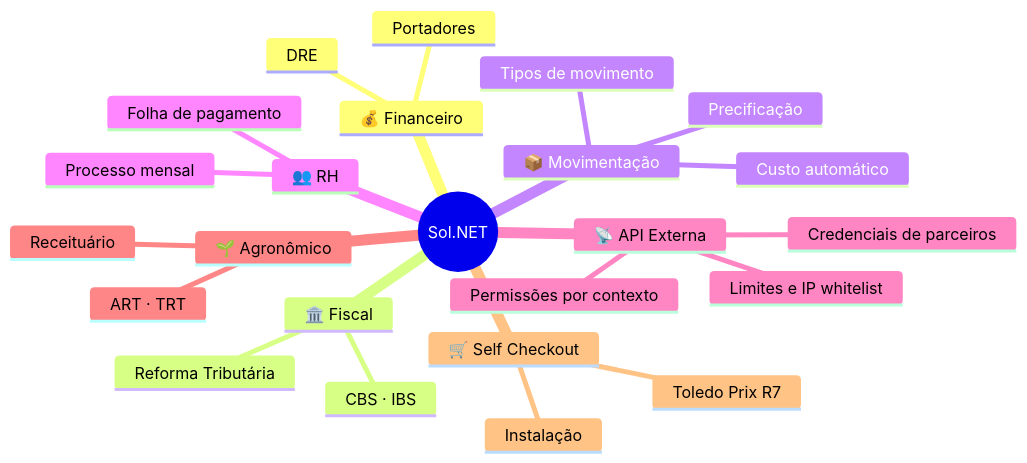
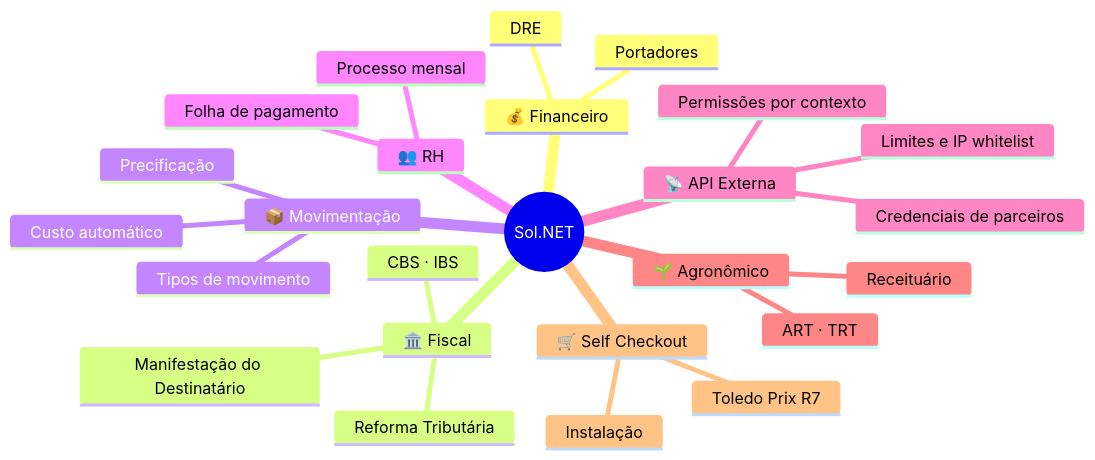
The diagram in README.md (hetosoft/documentacao-solnet), drawn with Mermaid before and after one commit. The commit also changed other lines of this file and 5 other files, not shown here.

First line of the commit message:
docs: cria documentação da Manifestação do Destinatário no módulo Fiscal

````diff
--- a/README.md
+++ b/README.md
@@ -17,27 +17,28 @@
 ```mermaid
 mindmap
   root((Sol.NET))
     💰 Financeiro
       DRE
       Portadores
     🏛️ Fiscal
       Reforma Tributária
       CBS · IBS
+      Manifestação do Destinatário
     📦 Movimentação
       Tipos de movimento
       Precificação
       Custo automático
     👥 RH
       Folha de pagamento
       Processo mensal
     📡 API Externa
       Credenciais de parceiros
       Permissões por contexto
       Limites e IP whitelist
     🌱 Agronômico
       Receituário
       ART · TRT
     🛒 Self Checkout
       Instalação
       Toledo Prix R7
 ```
````
